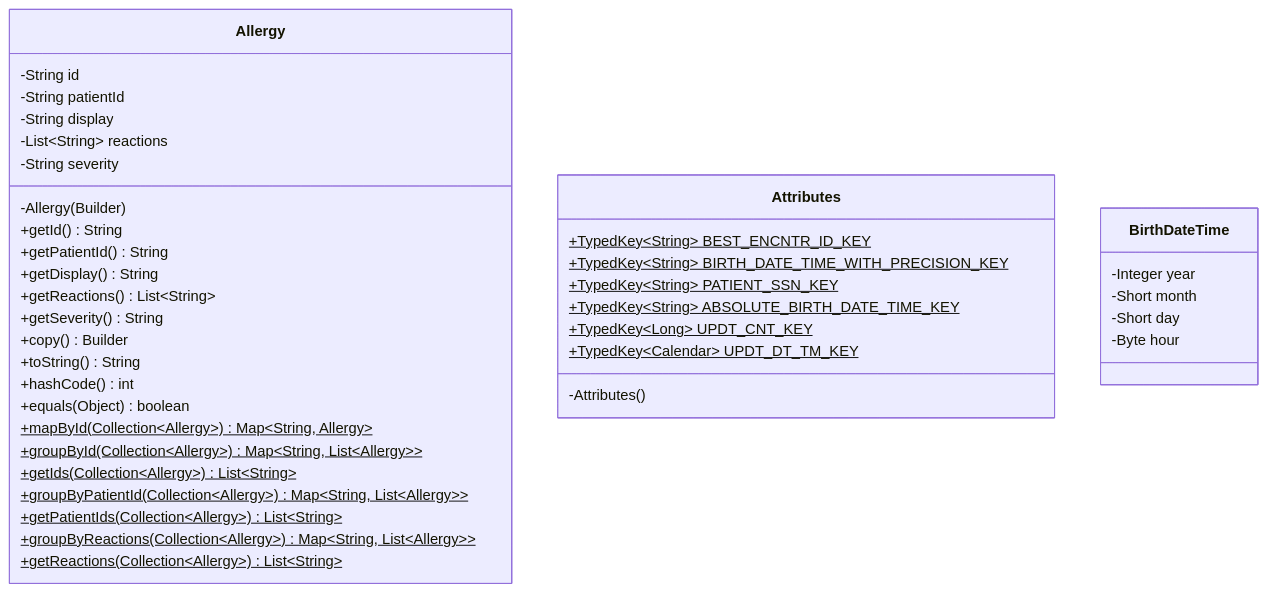
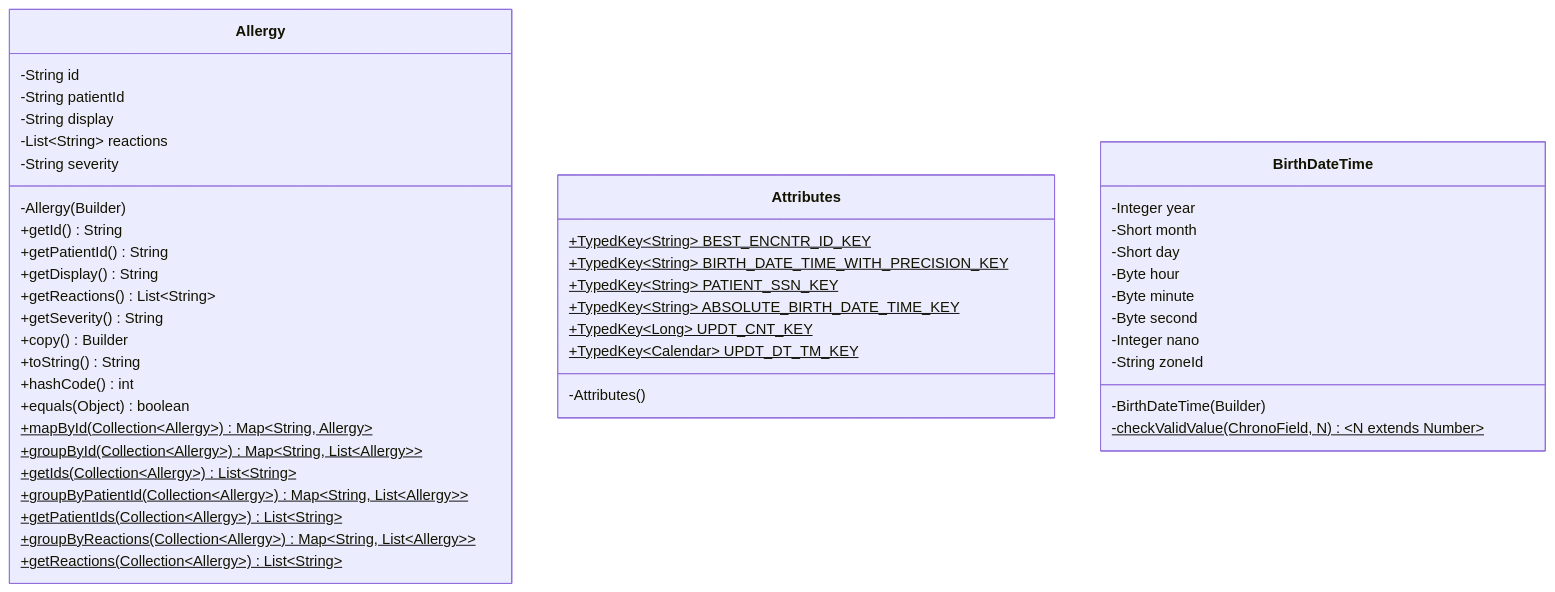
One commit to abhishek171287/FACE-RECOGNITION-ATTENDANCE-SYSTEM-USING-RASPBERRY-PI changed the diagram in README.md. Above: the diagram before and after it, drawn with Mermaid.

````diff
--- a/README.md
+++ b/README.md
@@ -6,44 +6,50 @@
 ```mermaid
 classDiagram
     class Allergy{
         -String id
         -String patientId
         -String display
         -List~String~ reactions
         -String severity
         -Allergy(Builder)
         +getId() String
         +getPatientId() String
         +getDisplay() String
         +getReactions() List~String~
         +getSeverity() String
         +copy() Builder
         +toString() String
         +hashCode() int
         +equals(Object) boolean
         +mapById(Collection~Allergy~)$ Map&lt;String, Allergy&gt;
         +groupById(Collection~Allergy~)$ Map&lt;String, List~Allergy~&gt;
         +getIds(Collection~Allergy~)$ List~String~
         +groupByPatientId(Collection~Allergy~)$ Map&lt;String, List~Allergy~&gt;
         +getPatientIds(Collection~Allergy~)$ List~String~
         +groupByReactions(Collection~Allergy~)$ Map&lt;String, List~Allergy~&gt;
         +getReactions(Collection~Allergy~)$ List~String~
     }
 
     class Attributes{
         +TypedKey~String~  BEST_ENCNTR_ID_KEY$
         +TypedKey~String~ BIRTH_DATE_TIME_WITH_PRECISION_KEY$
         +TypedKey~String~ PATIENT_SSN_KEY$
         +TypedKey~String~ ABSOLUTE_BIRTH_DATE_TIME_KEY$
         +TypedKey~Long~ UPDT_CNT_KEY$
         +TypedKey~Calendar~ UPDT_DT_TM_KEY$
         -Attributes()
     }
 
     class BirthDateTime{
         -Integer year
         -Short month
         -Short day
         -Byte hour
+        -Byte minute
+        -Byte second
+        -Integer nano
+        -String zoneId
+        -BirthDateTime(Builder)
+        -checkValidValue(ChronoField, N)$ &lt;N extends Number&gt;
     }
   ```
````
